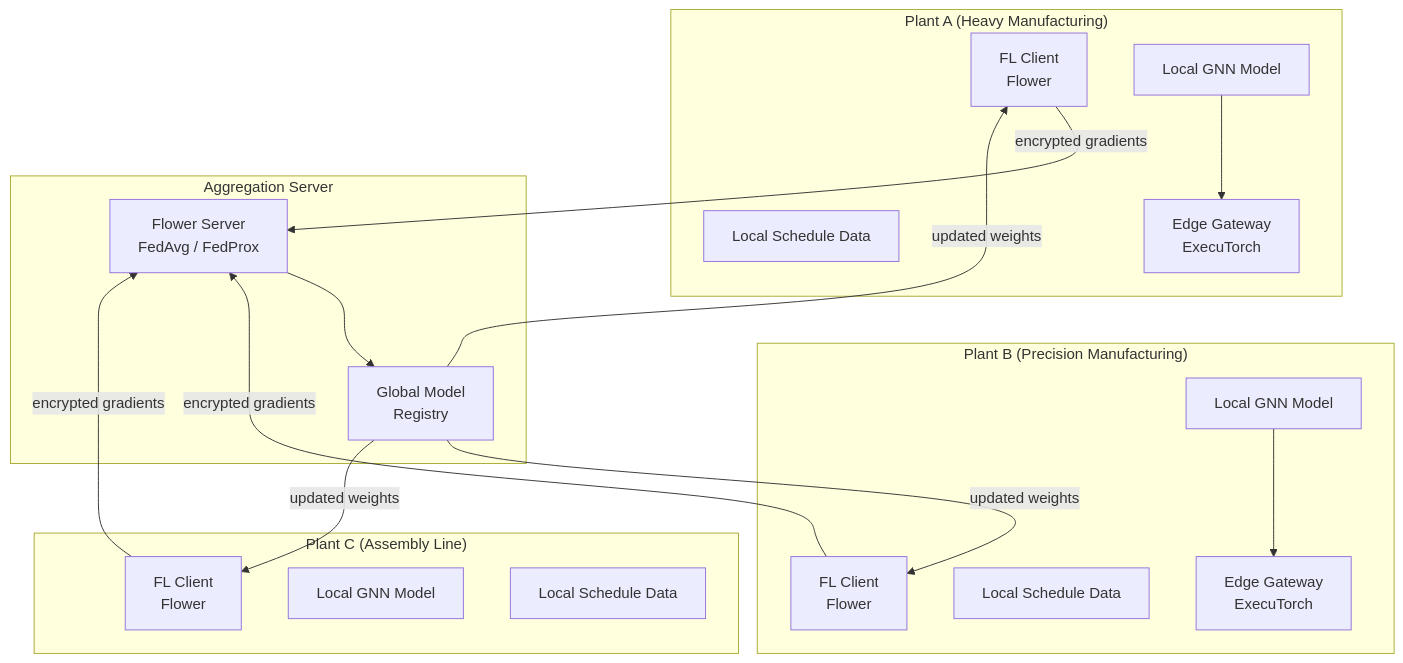
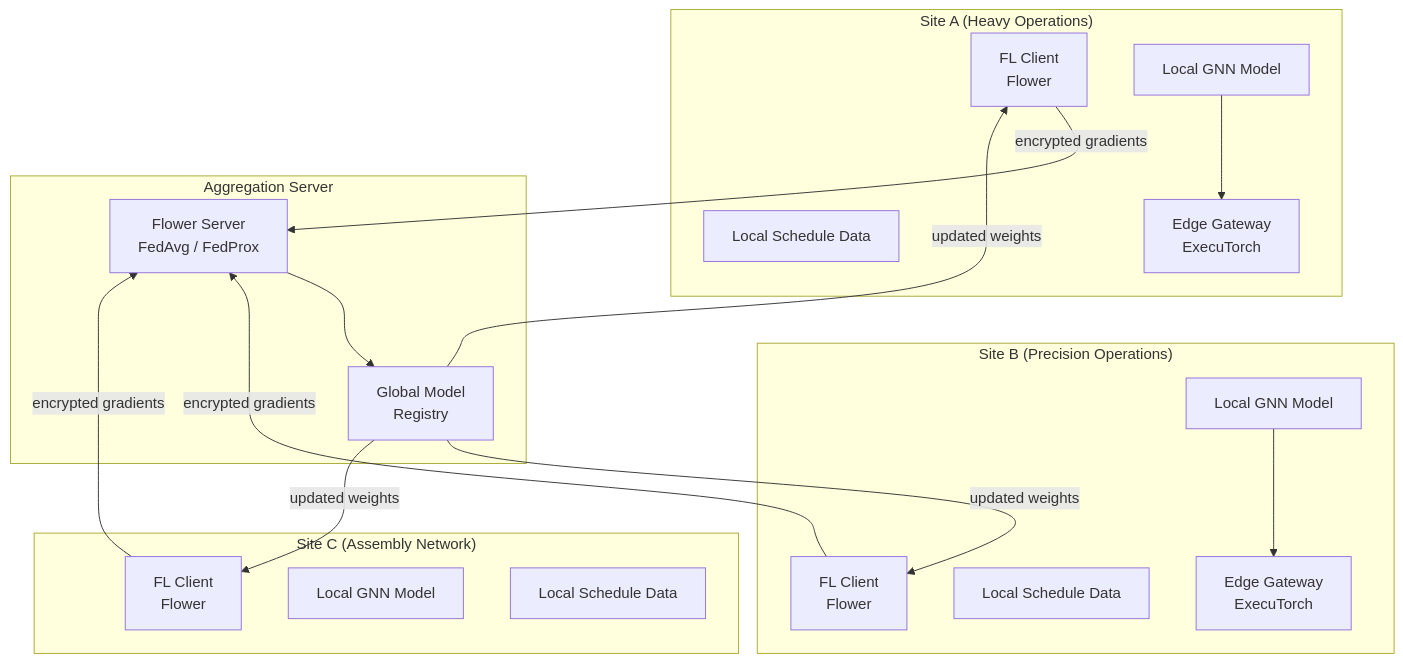
One commit to KonkovDV/SynAPS changed the diagram in docs/evolution/V3_FEDERATED_LEARNING.md. Above: the diagram before and after it, drawn with Mermaid. The commit also changed other lines of this file and 174 other files, not shown here.

````diff
--- a/docs/evolution/V3_FEDERATED_LEARNING.md
+++ b/docs/evolution/V3_FEDERATED_LEARNING.md
@@ -14,34 +14,34 @@
 ```mermaid
 graph TB
-    subgraph "Plant A (Heavy Manufacturing)"
+    subgraph "Site A (Heavy Operations)"
         CLIENT_A[FL Client<br/>Flower]
         MODEL_A[Local GNN Model]
         DATA_A[Local Schedule Data]
         EDGE_A[Edge Gateway<br/>ExecuTorch]
     end
-    subgraph "Plant B (Precision Manufacturing)"
+    subgraph "Site B (Precision Operations)"
         CLIENT_B[FL Client<br/>Flower]
         MODEL_B[Local GNN Model]
         DATA_B[Local Schedule Data]
         EDGE_B[Edge Gateway<br/>ExecuTorch]
     end
-    subgraph "Plant C (Assembly Line)"
+    subgraph "Site C (Assembly Network)"
         CLIENT_C[FL Client<br/>Flower]
         MODEL_C[Local GNN Model]
         DATA_C[Local Schedule Data]
     end
     subgraph Aggregation Server
         AGG[Flower Server<br/>FedAvg / FedProx]
         GLOBAL[Global Model<br/>Registry]
     end
 
     CLIENT_A -->|encrypted gradients| AGG
     CLIENT_B -->|encrypted gradients| AGG
     CLIENT_C -->|encrypted gradients| AGG
     AGG --> GLOBAL
     GLOBAL -->|updated weights| CLIENT_A
     GLOBAL -->|updated weights| CLIENT_B
     GLOBAL -->|updated weights| CLIENT_C
     MODEL_A --> EDGE_A
     MODEL_B --> EDGE_B
 ```
````
